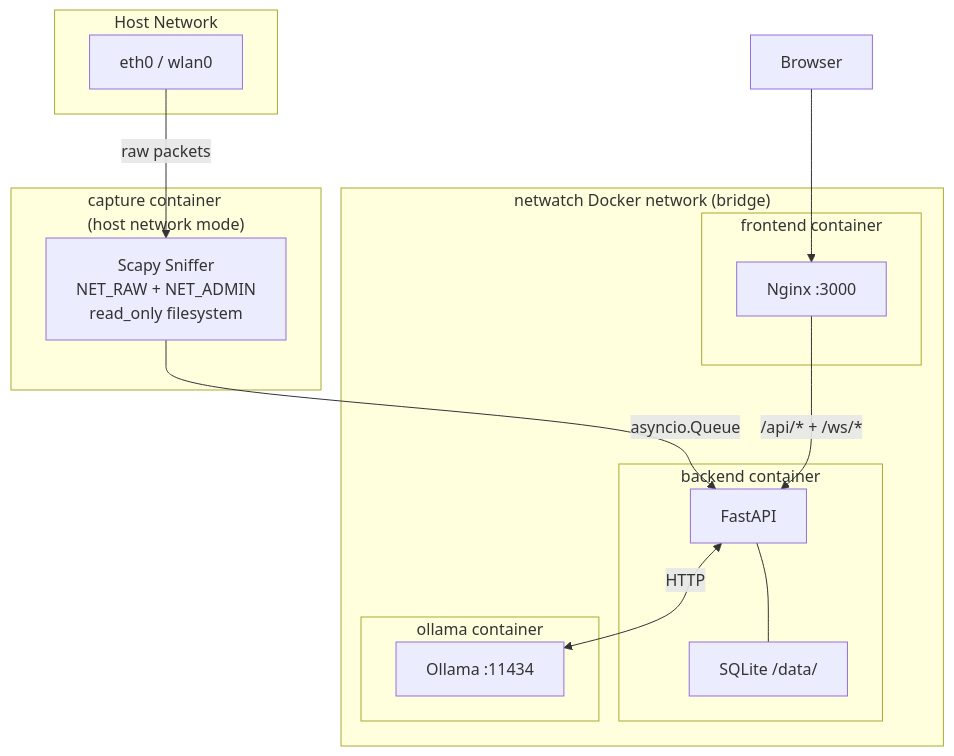
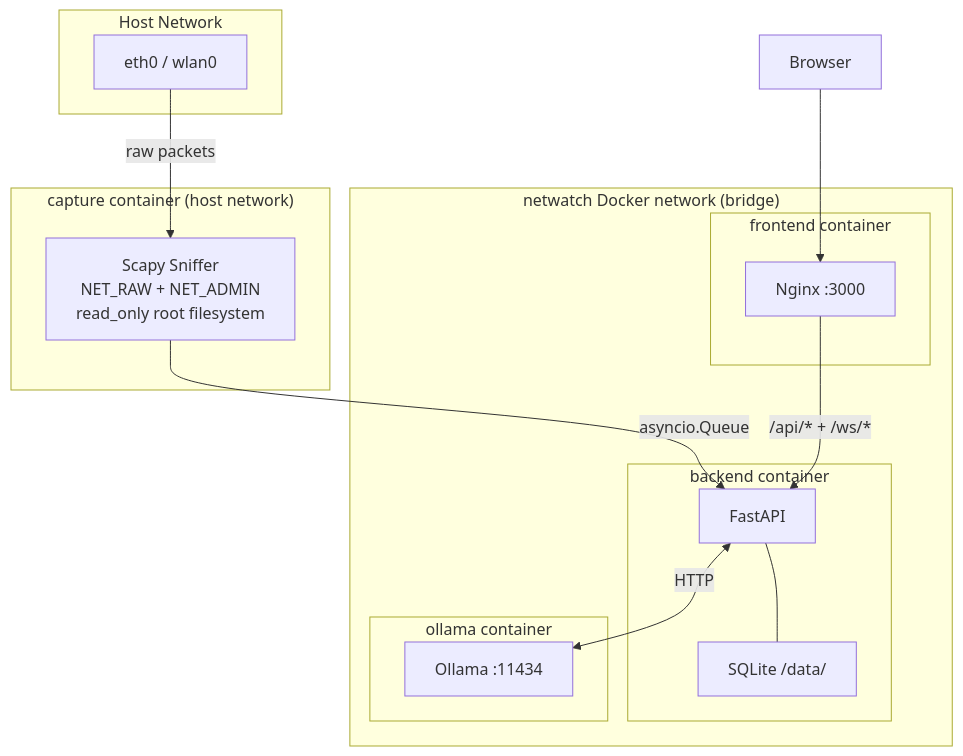
One commit to prithvi-01x/Netwatch changed the sixth of 9 diagrams in README.md. Above: the diagram before and after it, drawn with Mermaid. The commit also changed other lines of this file, not shown here.

````diff
--- a/README.md
+++ b/README.md
@@ -873,33 +872,33 @@
 ```mermaid
 graph TB
     subgraph HOST["Host Network"]
         NIC["eth0 / wlan0"]
     end
 
-    subgraph CAPTURE_CONTAINER["capture container\n(host network mode)"]
-        SC["Scapy Sniffer\nNET_RAW + NET_ADMIN\nread_only filesystem"]
+    subgraph CAPTURE_CONTAINER["capture container (host network)"]
+        SC["Scapy Sniffer\nNET_RAW + NET_ADMIN\nread_only root filesystem"]
     end
 
     subgraph NETWATCH_NETWORK["netwatch Docker network (bridge)"]
         subgraph BACKEND_CONTAINER["backend container"]
             FA["FastAPI"]
             DB2["SQLite /data/"]
         end
 
         subgraph FRONTEND_CONTAINER["frontend container"]
             NGINX["Nginx :3000"]
         end
 
         subgraph OLLAMA_CONTAINER["ollama container"]
             OL["Ollama :11434"]
         end
     end
 
     NIC -->|raw packets| SC
     SC -->|asyncio.Queue| FA
     FA <-->|HTTP| OL
     FA --- DB2
     NGINX -->|/api/* + /ws/*| FA
 
     CLIENT["Browser"] --> NGINX
 ```
````
